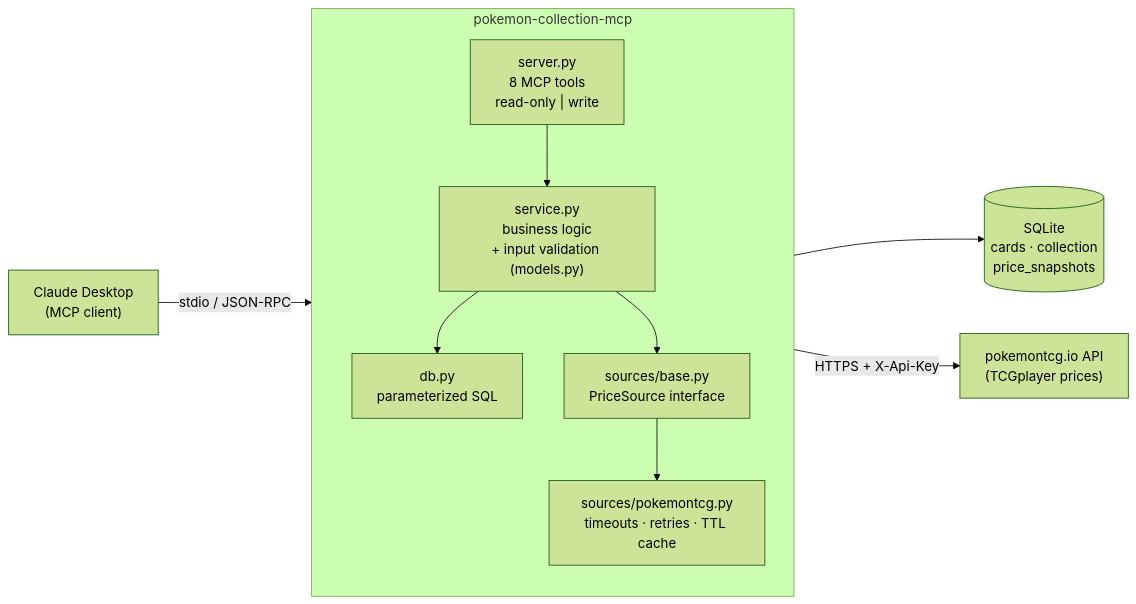
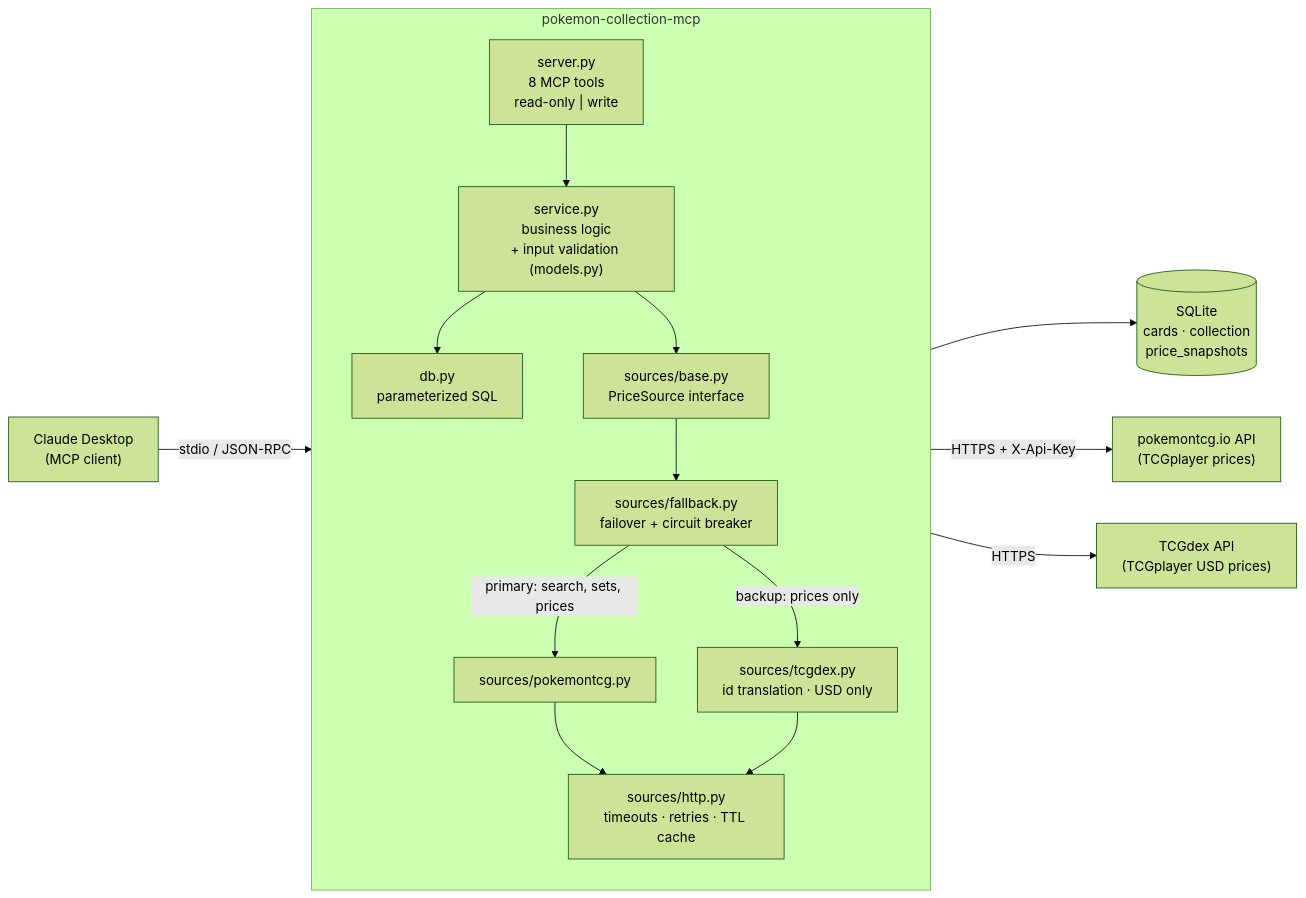
Before and after one commit to BertoSolis98/pokemon-collection-mcp: the diagram in README.md, drawn with Mermaid (forest theme). The commit also changed other lines of this file and 10 other files, not shown here.

First line of the commit message:
Fall back to TCGdex for prices when pokemontcg.io is down

````diff
--- a/README.md
+++ b/README.md
@@ -84,15 +84,20 @@
 ```mermaid
 flowchart LR
     Claude["Claude Desktop<br/>(MCP client)"] -- "stdio / JSON-RPC" --> Server
 
     subgraph Server["pokemon-collection-mcp"]
         direction TB
         Tools["server.py<br/>8 MCP tools<br/>read-only | write"] --> Service["service.py<br/>business logic<br/>+ input validation (models.py)"]
         Service --> DB["db.py<br/>parameterized SQL"]
         Service --> Iface["sources/base.py<br/>PriceSource interface"]
-        Iface --> Impl["sources/pokemontcg.py<br/>timeouts · retries · TTL cache"]
+        Iface --> FB["sources/fallback.py<br/>failover + circuit breaker"]
+        FB -- "primary: search, sets, prices" --> Impl["sources/pokemontcg.py"]
+        FB -- "backup: prices only" --> Dex["sources/tcgdex.py<br/>id translation · USD only"]
+        Impl --> HTTP["sources/http.py<br/>timeouts · retries · TTL cache"]
+        Dex --> HTTP
     end
 
     DB --> SQLite[("SQLite<br/>cards · collection<br/>price_snapshots")]
-    Impl -- "HTTPS + X-Api-Key" --> API["pokemontcg.io API<br/>(TCGplayer prices)"]
+    HTTP -- "HTTPS + X-Api-Key" --> API["pokemontcg.io API<br/>(TCGplayer prices)"]
+    HTTP -- "HTTPS" --> TCGdex["TCGdex API<br/>(TCGplayer USD prices)"]
 ```
````
